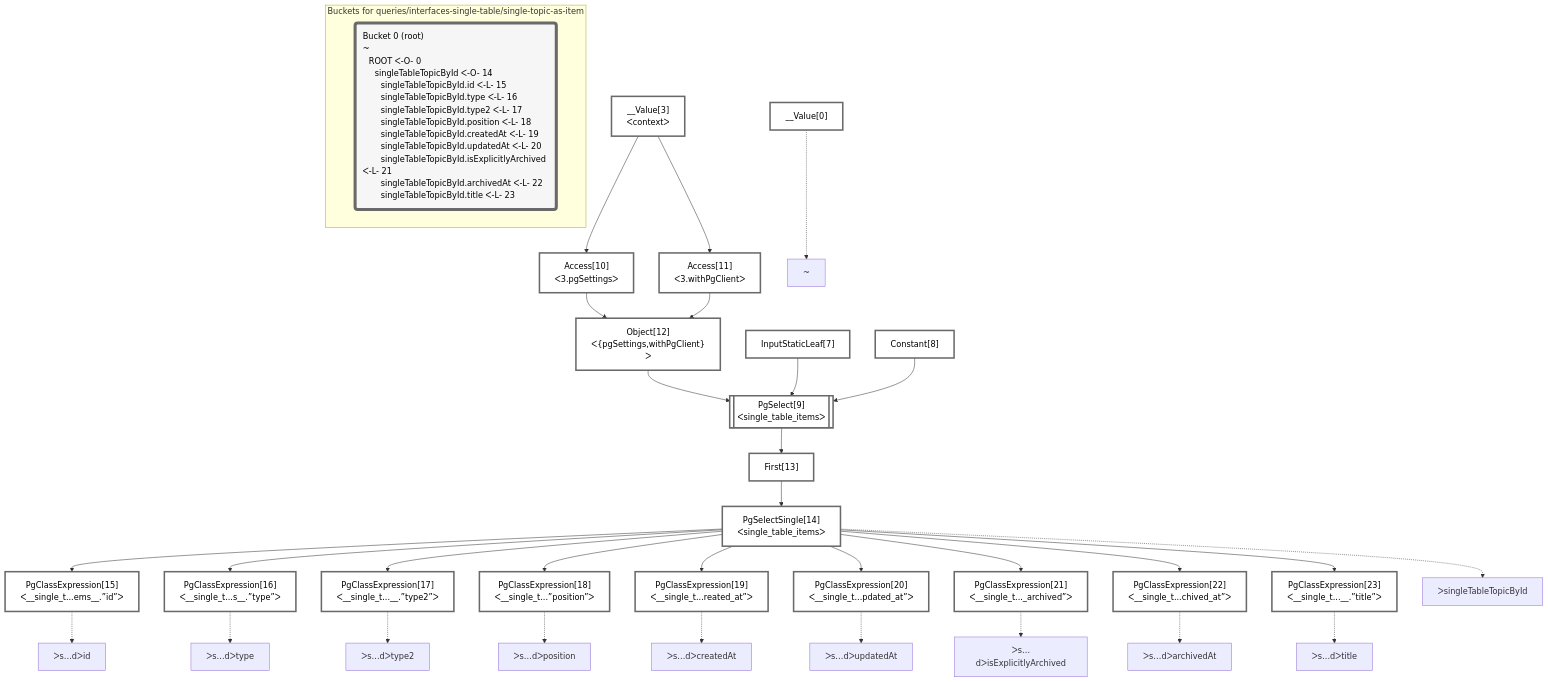
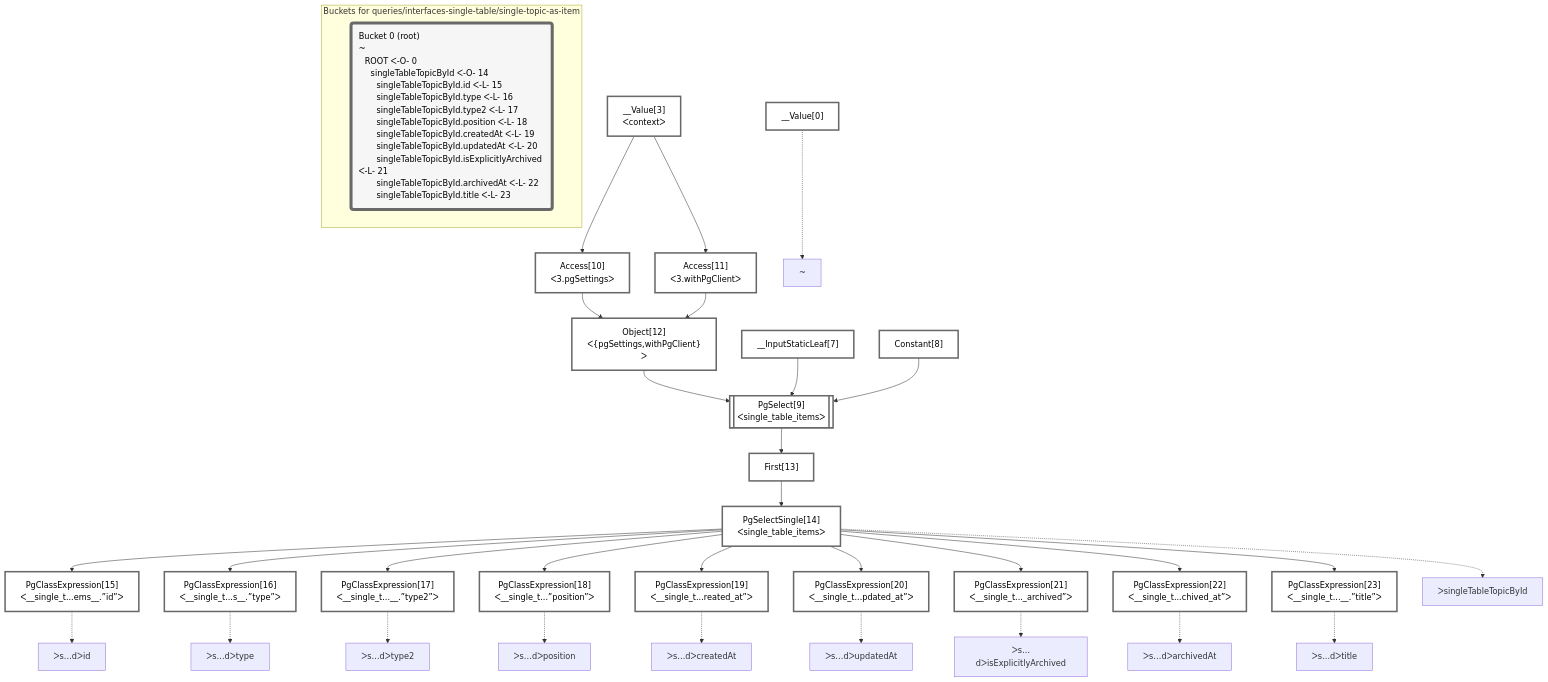
Before and after one commit to graphile/crystal: the diagram in packages/dataplan-pg/__tests__/queries/interfaces-single-table/single-topic-as-item.mermaid.md, drawn with Mermaid. The commit also changed 79 other files, not shown here.

````diff
--- a/packages/dataplan-pg/__tests__/queries/interfaces-single-table/single-topic-as-item.mermaid.md
+++ b/packages/dataplan-pg/__tests__/queries/interfaces-single-table/single-topic-as-item.mermaid.md
@@ -1,77 +1,77 @@
 ```mermaid
 graph TD
     classDef path fill:#eee,stroke:#000,color:#000
     classDef plan fill:#fff,stroke-width:3px,color:#000
     classDef itemplan fill:#fff,stroke-width:6px,color:#000
     classDef sideeffectplan fill:#f00,stroke-width:6px,color:#000
     classDef bucket fill:#f6f6f6,color:#000,stroke-width:6px,text-align:left
 
 
     %% define plans
     __Value0["__Value[0]"]:::plan
     PgClassExpression15["PgClassExpression[15]<br />ᐸ__single_t...ems__.”id”ᐳ"]:::plan
     PgClassExpression16["PgClassExpression[16]<br />ᐸ__single_t...s__.”type”ᐳ"]:::plan
     PgClassExpression17["PgClassExpression[17]<br />ᐸ__single_t...__.”type2”ᐳ"]:::plan
     PgClassExpression18["PgClassExpression[18]<br />ᐸ__single_t...”position”ᐳ"]:::plan
     PgClassExpression19["PgClassExpression[19]<br />ᐸ__single_t...reated_at”ᐳ"]:::plan
     PgClassExpression20["PgClassExpression[20]<br />ᐸ__single_t...pdated_at”ᐳ"]:::plan
     PgClassExpression21["PgClassExpression[21]<br />ᐸ__single_t..._archived”ᐳ"]:::plan
     PgClassExpression22["PgClassExpression[22]<br />ᐸ__single_t...chived_at”ᐳ"]:::plan
     PgClassExpression23["PgClassExpression[23]<br />ᐸ__single_t...__.”title”ᐳ"]:::plan
     PgSelectSingle14["PgSelectSingle[14]<br />ᐸsingle_table_itemsᐳ"]:::plan
     First13["First[13]"]:::plan
     PgSelect9[["PgSelect[9]<br />ᐸsingle_table_itemsᐳ"]]:::plan
     Object12["Object[12]<br />ᐸ{pgSettings,withPgClient}ᐳ"]:::plan
     Access10["Access[10]<br />ᐸ3.pgSettingsᐳ"]:::plan
     Access11["Access[11]<br />ᐸ3.withPgClientᐳ"]:::plan
     __Value3["__Value[3]<br />ᐸcontextᐳ"]:::plan
-    InputStaticLeaf7["InputStaticLeaf[7]"]:::plan
+    __InputStaticLeaf7["__InputStaticLeaf[7]"]:::plan
     Constant8["Constant[8]"]:::plan
 
     %% plan dependencies
     PgSelectSingle14 --> PgClassExpression15
     PgSelectSingle14 --> PgClassExpression16
     PgSelectSingle14 --> PgClassExpression17
     PgSelectSingle14 --> PgClassExpression18
     PgSelectSingle14 --> PgClassExpression19
     PgSelectSingle14 --> PgClassExpression20
     PgSelectSingle14 --> PgClassExpression21
     PgSelectSingle14 --> PgClassExpression22
     PgSelectSingle14 --> PgClassExpression23
     First13 --> PgSelectSingle14
     PgSelect9 --> First13
-    Object12 & InputStaticLeaf7 & Constant8 --> PgSelect9
+    Object12 & __InputStaticLeaf7 & Constant8 --> PgSelect9
     Access10 & Access11 --> Object12
     __Value3 --> Access10
     __Value3 --> Access11
 
     %% plan-to-path relationships
     P0["~"]
     __Value0 -.-> P0
     P14["ᐳsingleTableTopicById"]
     PgSelectSingle14 -.-> P14
     P15["ᐳs…dᐳid"]
     PgClassExpression15 -.-> P15
     P16["ᐳs…dᐳtype"]
     PgClassExpression16 -.-> P16
     P17["ᐳs…dᐳtype2"]
     PgClassExpression17 -.-> P17
     P18["ᐳs…dᐳposition"]
     PgClassExpression18 -.-> P18
     P19["ᐳs…dᐳcreatedAt"]
     PgClassExpression19 -.-> P19
     P20["ᐳs…dᐳupdatedAt"]
     PgClassExpression20 -.-> P20
     P21["ᐳs…dᐳisExplicitlyArchived"]
     PgClassExpression21 -.-> P21
     P22["ᐳs…dᐳarchivedAt"]
     PgClassExpression22 -.-> P22
     P23["ᐳs…dᐳtitle"]
     PgClassExpression23 -.-> P23
 
     subgraph "Buckets for queries/interfaces-single-table/single-topic-as-item"
     Bucket0("Bucket 0 (root)<br />~<br />⠀ROOT ᐸ-O- 0<br />⠀⠀singleTableTopicById ᐸ-O- 14<br />⠀⠀⠀singleTableTopicById.id ᐸ-L- 15<br />⠀⠀⠀singleTableTopicById.type ᐸ-L- 16<br />⠀⠀⠀singleTableTopicById.type2 ᐸ-L- 17<br />⠀⠀⠀singleTableTopicById.position ᐸ-L- 18<br />⠀⠀⠀singleTableTopicById.createdAt ᐸ-L- 19<br />⠀⠀⠀singleTableTopicById.updatedAt ᐸ-L- 20<br />⠀⠀⠀singleTableTopicById.isExplicitlyArchived ᐸ-L- 21<br />⠀⠀⠀singleTableTopicById.archivedAt ᐸ-L- 22<br />⠀⠀⠀singleTableTopicById.title ᐸ-L- 23"):::bucket
     classDef bucket0 stroke:#696969
-    class Bucket0,__Value0,__Value3,InputStaticLeaf7,Constant8,PgSelect9,Access10,Access11,Object12,First13,PgSelectSingle14,PgClassExpression15,PgClassExpression16,PgClassExpression17,PgClassExpression18,PgClassExpression19,PgClassExpression20,PgClassExpression21,PgClassExpression22,PgClassExpression23 bucket0
+    class Bucket0,__Value0,__Value3,__InputStaticLeaf7,Constant8,PgSelect9,Access10,Access11,Object12,First13,PgSelectSingle14,PgClassExpression15,PgClassExpression16,PgClassExpression17,PgClassExpression18,PgClassExpression19,PgClassExpression20,PgClassExpression21,PgClassExpression22,PgClassExpression23 bucket0
     end
 ```
````
